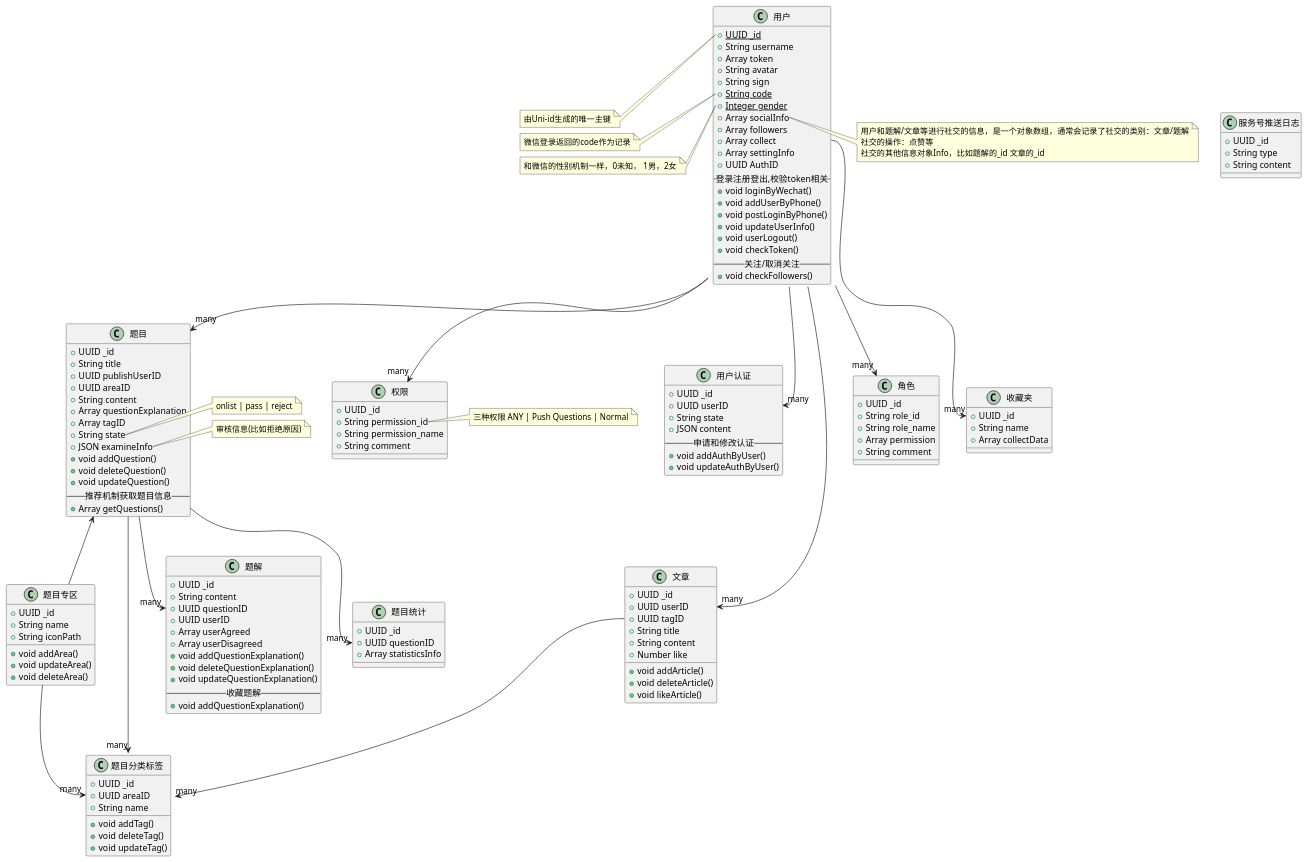
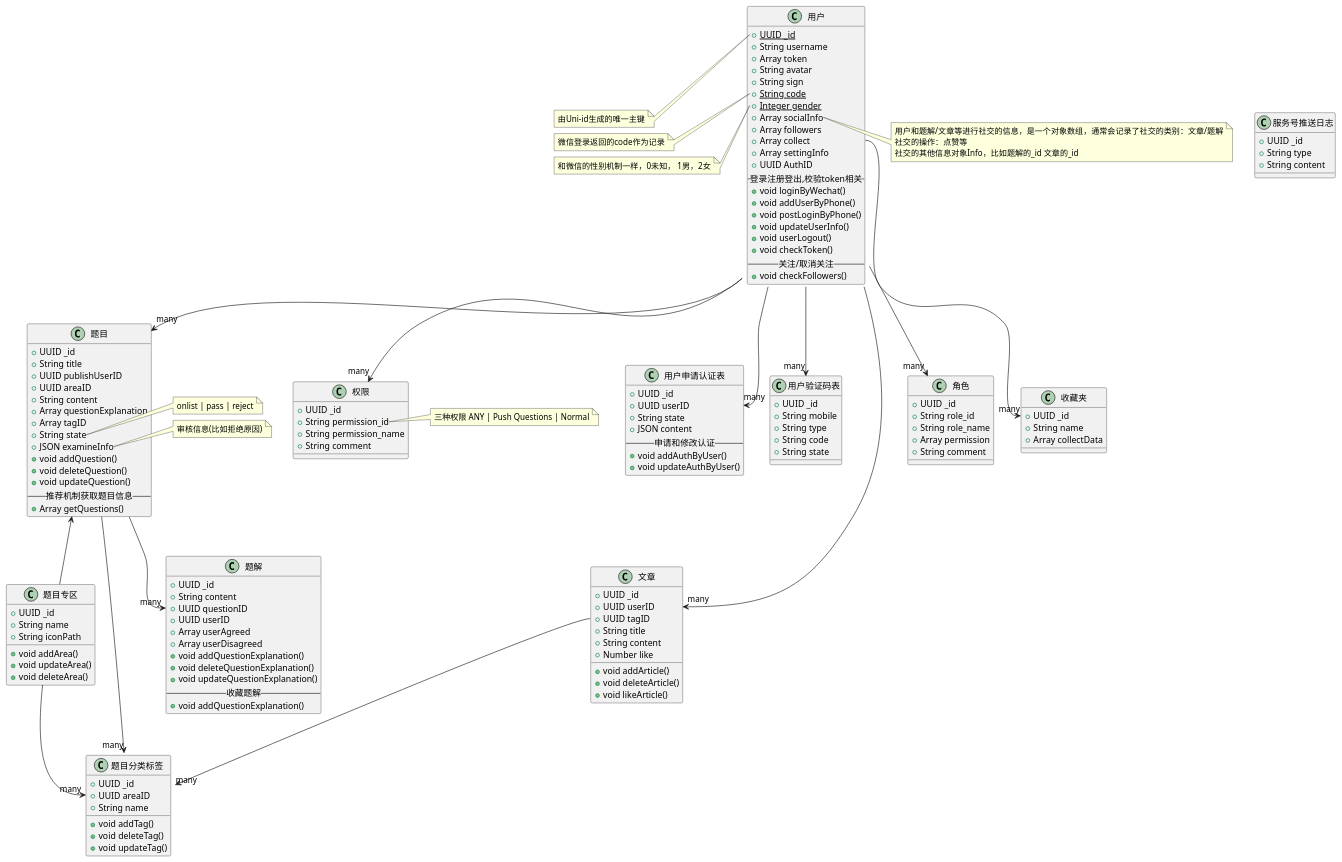
Before and after one commit to swordjs/app: the diagram in doc/db/core.puml, drawn with PlantUML.

Commit message:
[feat]修改了Core类图

```diff
--- a/doc/db/core.puml
+++ b/doc/db/core.puml
@@ -1,156 +1,161 @@
 @startuml
 class 用户 {
     {static} +UUID _id
     +String username
     +Array token
     +String avatar
     +String sign
     {static} +String code
     {static} +Integer gender
     +Array socialInfo
     +Array followers
     +Array collect
     +Array settingInfo
     +UUID AuthID
     --登录注册登出,校验token相关--
     +void loginByWechat()
     +void addUserByPhone()
     +void postLoginByPhone()
     +void updateUserInfo()
     +void userLogout()
     +void checkToken()
     --关注/取消关注--
     +void checkFollowers()
 }
 class 收藏夹 {
     +UUID _id
     +String name
     +Array collectData
 }
-class 用户认证{
+class 用户申请认证表{
     +UUID _id
     +UUID userID
     +String state
     +JSON content
     --申请和修改认证--
     +void addAuthByUser()
     +void updateAuthByUser()
+}
+class 用户验证码表{
+    +UUID _id
+    +String mobile
+    +String type
+    +String code
+    +String state
 }
 class 题目专区 {
     +UUID _id
     +String name
     +String iconPath
     +void addArea()
     +void updateArea()
     +void deleteArea()
 }
 class 题目分类标签{
     +UUID _id
     +UUID areaID
     +String name
     +void addTag()
     +void deleteTag()
     +void updateTag()
 }
 class 题目 {
     +UUID _id
     +String title
     +UUID publishUserID
     +UUID areaID
     +String content
     +Array questionExplanation
     +Array tagID
     +String state
     +JSON examineInfo
     +void addQuestion()
     +void deleteQuestion()
     +void updateQuestion()
     --推荐机制获取题目信息--
     +Array getQuestions()
 }
 class 题解{
     +UUID _id
     +String content
     +UUID questionID
     +UUID userID
     +Array userAgreed
     +Array userDisagreed
     +void addQuestionExplanation()
     +void deleteQuestionExplanation()
     +void updateQuestionExplanation()
     --收藏题解--
     +void addQuestionExplanation()
 }
 
 
 class 文章{
     +UUID _id
     +UUID userID
     +UUID tagID
     +String title
     +String content
     +Number like
     +void addArticle()
     +void deleteArticle()
     +void likeArticle()
 }
 
 class 角色{
     +UUID _id
     +String role_id
     +String role_name
     +Array permission
     +String comment
 }
 class 权限{
     +UUID _id
     +String permission_id
     +String permission_name
     +String comment
 }
-class 题目统计{
-    +UUID _id
-    +UUID questionID
-    +Array statisticsInfo
-}
+
+
 class 服务号推送日志{
     +UUID _id
     +String type
     +String content
 }
+
 题目专区 --> "many" 题目分类标签::areaID
 用户 --> "many" 题目
-用户 --> "many" 用户认证::userID
+用户 --> "many" 用户申请认证表::userID
 用户 --> "many" 文章::userID
 用户 --> "many" 角色
+用户 --> "many" 用户验证码表
 用户::collect --> "many" 收藏夹::_id
 用户 --> "many" 权限
 文章::tagID --> "many" 题目分类标签
 题目 --> "many" 题目分类标签
 题目 <-- 题目专区
 题目 --> "many" 题解::questionID
-题目 --> "many" 题目统计::questionID
 note left of 用户::_id
 由Uni-id生成的唯一主键
 end note
 note right of 用户::socialInfo
 用户和题解/文章等进行社交的信息，是一个对象数组，通常会记录了社交的类别：文章/题解
 社交的操作：点赞等
 社交的其他信息对象Info，比如题解的_id 文章的_id
 end note
 note left of 用户::code
 微信登录返回的code作为记录
 end note
 note left of 用户::gender
 和微信的性别机制一样，0未知， 1男，2女
 end note
 note right of 题目::state
 onlist | pass | reject
 end note
 note right of 题目::examineInfo
 审核信息(比如拒绝原因)
 end note
 note right of 权限::permission_id
 三种权限 ANY | Push Questions | Normal
 end note
 @enduml
```
